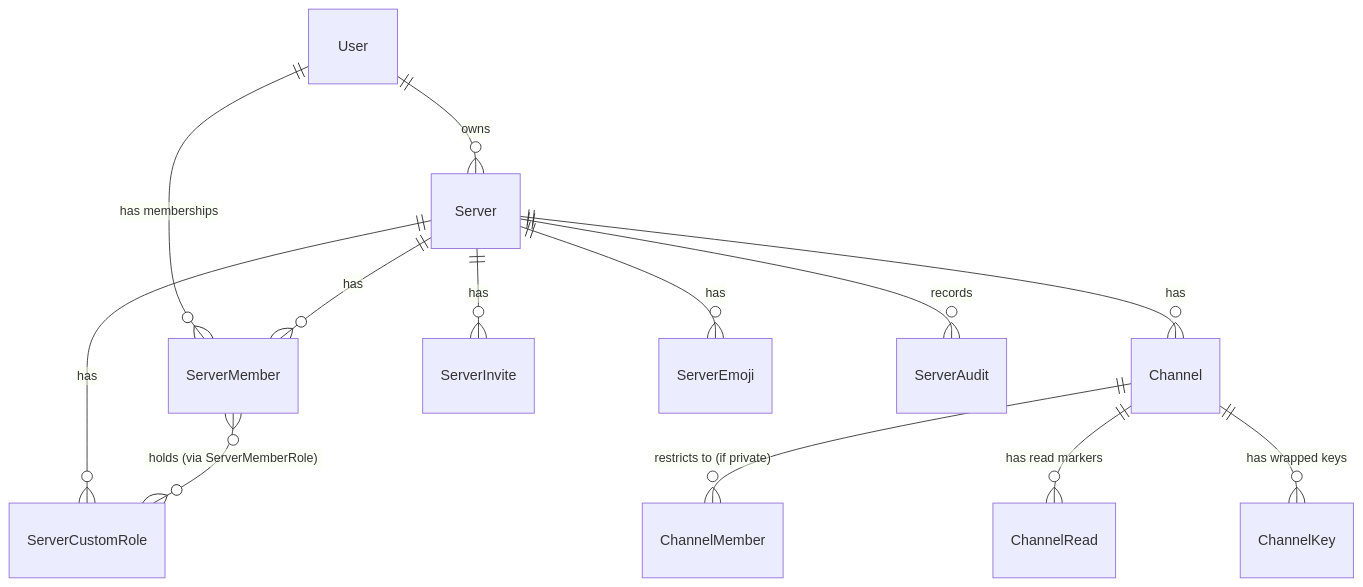
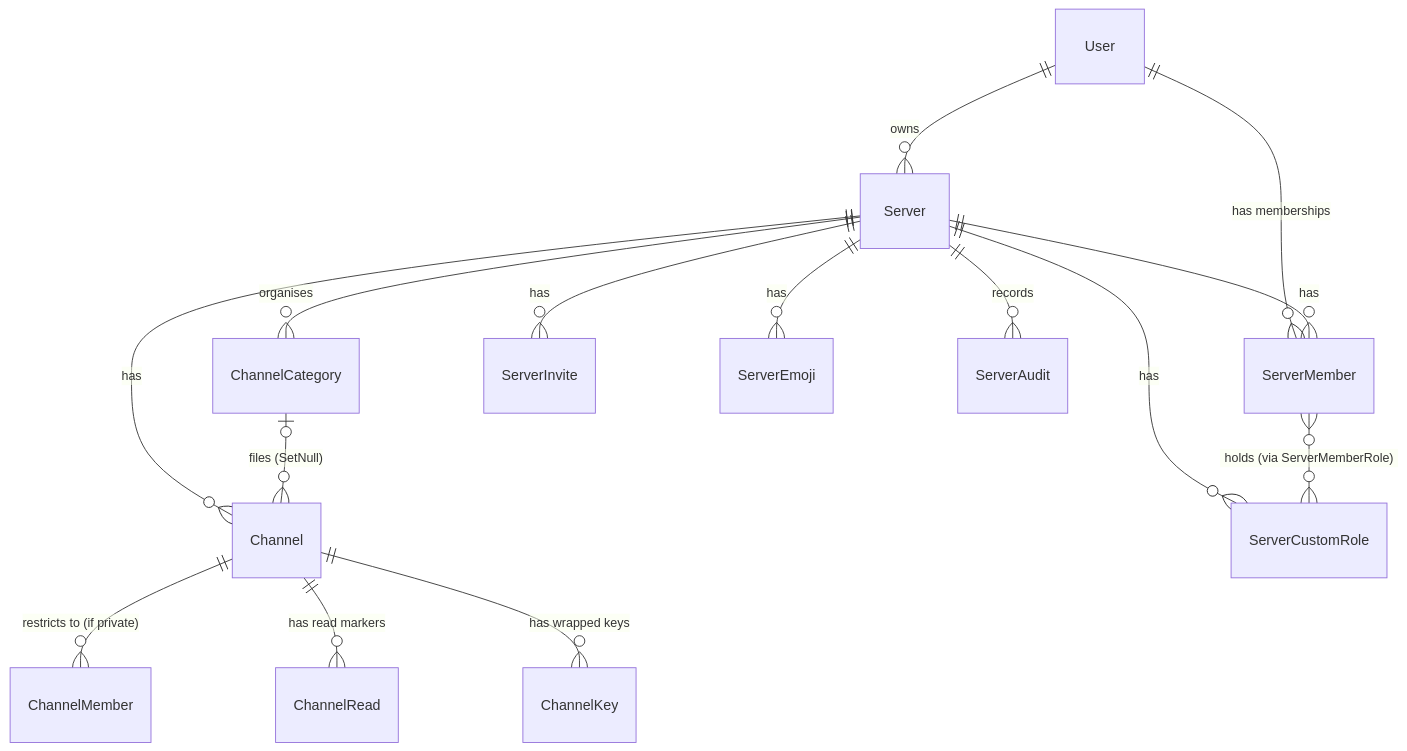
One commit to aiyu-ayaan/BetweenUs changed the second of 6 diagrams in docs/docs/database/schema.md. Above: the diagram before and after it, drawn with Mermaid. The commit also changed other lines of this file and 7 other files, not shown here.

Commit message:
docs(features): document channel categories, the layout endpoint and server.channels.changed

````diff
--- a/docs/docs/database/schema.md
+++ b/docs/docs/database/schema.md
@@ -159,15 +159,17 @@
 ```mermaid
 erDiagram
     User ||--o{ Server : owns
     User ||--o{ ServerMember : "has memberships"
     Server ||--o{ ServerMember : has
     Server ||--o{ Channel : has
+    Server ||--o{ ChannelCategory : organises
+    ChannelCategory |o--o{ Channel : "files (SetNull)"
     Server ||--o{ ServerInvite : has
     Server ||--o{ ServerCustomRole : has
     Server ||--o{ ServerEmoji : has
     Server ||--o{ ServerAudit : records
     ServerMember }o--o{ ServerCustomRole : "holds (via ServerMemberRole)"
     Channel ||--o{ ChannelMember : "restricts to (if private)"
     Channel ||--o{ ChannelRead : "has read markers"
     Channel ||--o{ ChannelKey : "has wrapped keys"
 ```
````
